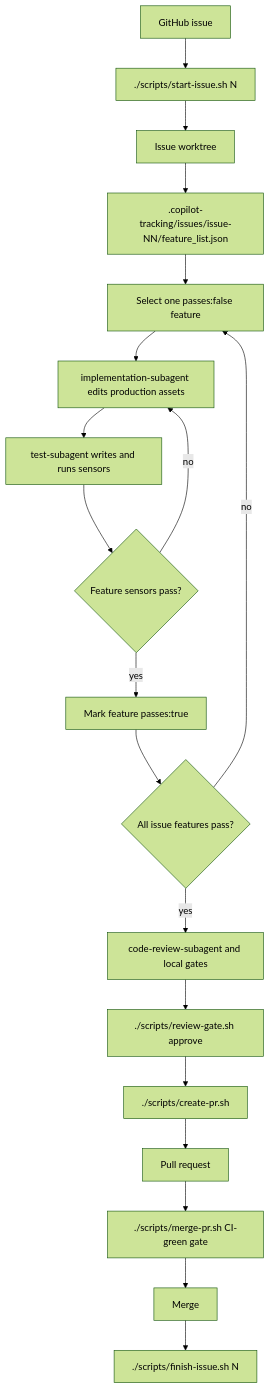
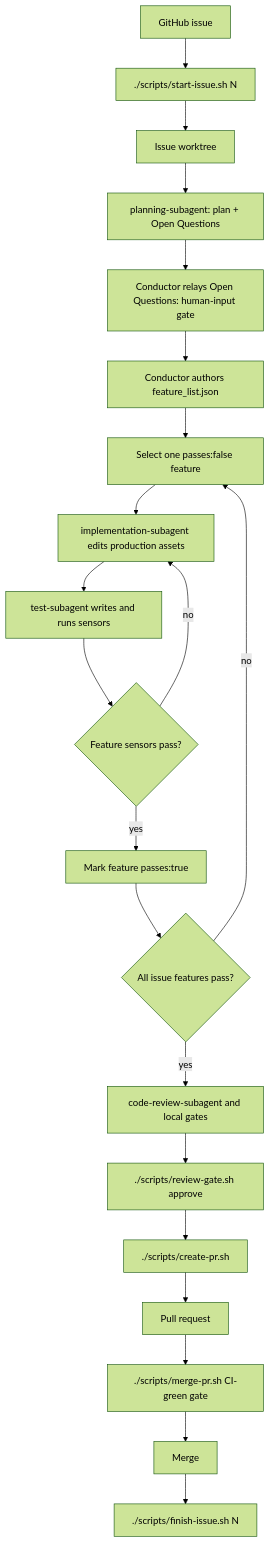
One commit to weijen/agent-delivery-harness changed the diagram in docs/HARNESS.md. Above: the diagram before and after it, drawn with Mermaid (forest theme). The commit also changed other lines of this file and 5 other files, not shown here.

First line of the commit message:
docs: make plan->clarify->feature_list flow explicit

````diff
--- a/docs/HARNESS.md
+++ b/docs/HARNESS.md
@@ -72,21 +72,23 @@
 ```mermaid
 flowchart TD
   A[GitHub issue] --> B[./scripts/start-issue.sh N]
   B --> C[Issue worktree]
-  C --> D[.copilot-tracking/issues/issue-NN/feature_list.json]
+  C --> PL[planning-subagent: plan + Open Questions]
+  PL --> HG[Conductor relays Open Questions: human-input gate]
+  HG --> D[Conductor authors feature_list.json]
   D --> E[Select one passes:false feature]
   E --> F[implementation-subagent edits production assets]
   F --> G[test-subagent writes and runs sensors]
   G --> H{Feature sensors pass?}
   H -- no --> F
   H -- yes --> I[Mark feature passes:true]
   I --> J{All issue features pass?}
   J -- no --> E
   J -- yes --> K[code-review-subagent and local gates]
   K --> L[./scripts/review-gate.sh approve]
   L --> M[./scripts/create-pr.sh]
   M --> N[Pull request]
   N --> Q[./scripts/merge-pr.sh CI-green gate]
   Q --> O[Merge]
   O --> P[./scripts/finish-issue.sh N]
 ```
````
